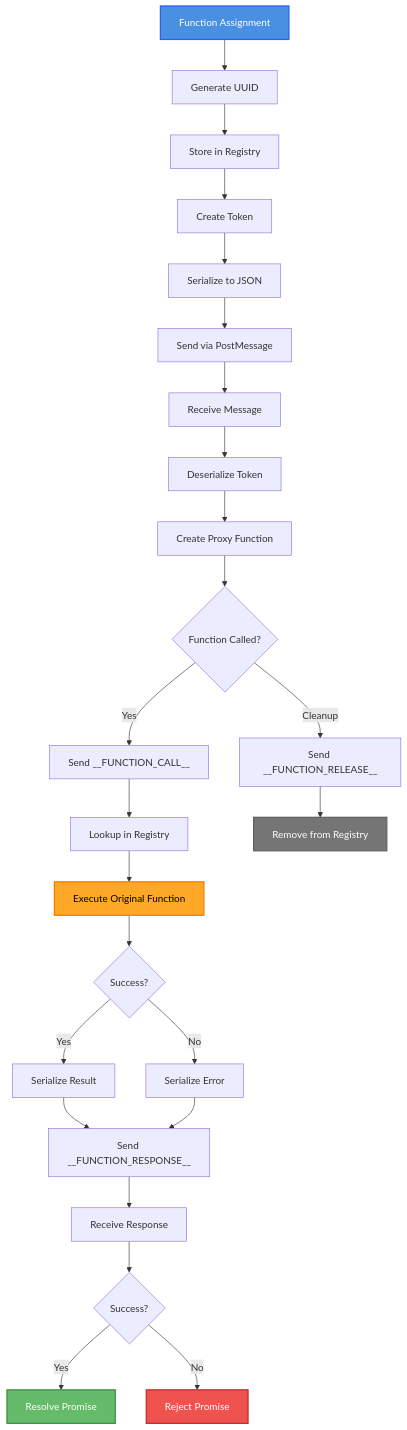
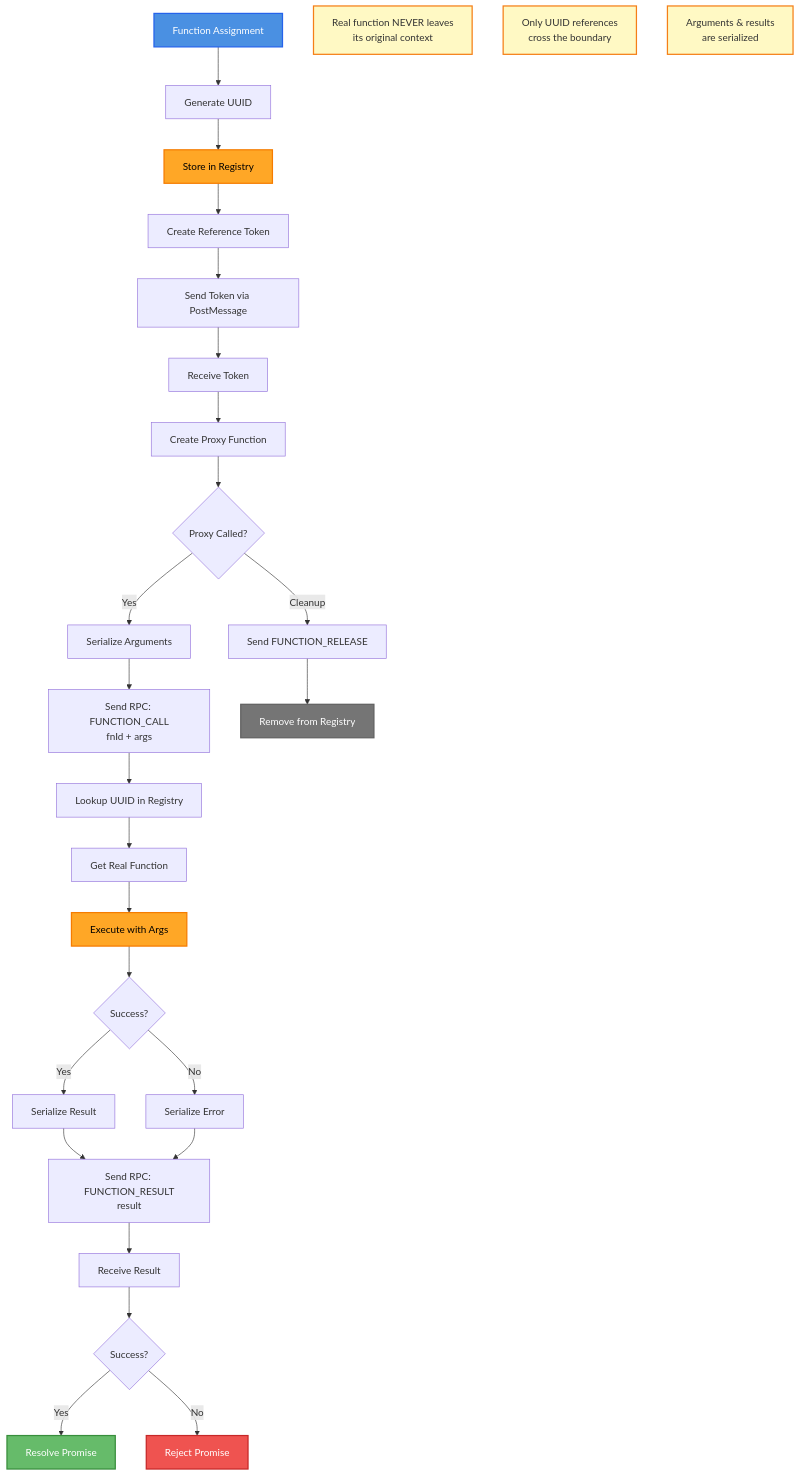
One commit to zommehq/frame changed the first of 3 diagrams in packages/fragment-frame/docs/advanced/function-serialization.adoc. Above: the diagram before and after it, drawn with Mermaid. The commit also changed other lines of this file and 52 other files, not shown here.

```diff
--- a/packages/fragment-frame/docs/advanced/function-serialization.adoc
+++ b/packages/fragment-frame/docs/advanced/function-serialization.adoc
@@ -15,33 +107,42 @@
 [mermaid]
 ----
 flowchart TD
     A[Function Assignment] --> B[Generate UUID]
     B --> C[Store in Registry]
-    C --> D[Create Token]
-    D --> E[Serialize to JSON]
-    E --> F[Send via PostMessage]
-    F --> G[Receive Message]
-    G --> H[Deserialize Token]
-    H --> I[Create Proxy Function]
-    I --> J{Function Called?}
-    J -->|Yes| K[Send __FUNCTION_CALL__]
-    K --> L[Lookup in Registry]
-    L --> M[Execute Original Function]
+    C --> D[Create Reference Token]
+    D --> E[Send Token via PostMessage]
+    E --> F[Receive Token]
+    F --> G[Create Proxy Function]
+    G --> H{Proxy Called?}
+    H -->|Yes| I[Serialize Arguments]
+    I --> J[Send RPC: FUNCTION_CALL<br/>fnId + args]
+    J --> K[Lookup UUID in Registry]
+    K --> L[Get Real Function]
+    L --> M[Execute with Args]
     M --> N{Success?}
     N -->|Yes| O[Serialize Result]
     N -->|No| P[Serialize Error]
-    O --> Q[Send __FUNCTION_RESPONSE__]
+    O --> Q[Send RPC: FUNCTION_RESULT<br/>result]
     P --> Q
-    Q --> R[Receive Response]
+    Q --> R[Receive Result]
     R --> S{Success?}
     S -->|Yes| T[Resolve Promise]
     S -->|No| U[Reject Promise]
-    J -->|Cleanup| V[Send __FUNCTION_RELEASE__]
+    H -->|Cleanup| V[Send FUNCTION_RELEASE]
     V --> W[Remove from Registry]
 
     style A fill:#4A90E2,stroke:#2563EB,stroke-width:2px,color:#fff
+    style C fill:#FFA726,stroke:#F57C00,stroke-width:2px,color:#000
     style M fill:#FFA726,stroke:#F57C00,stroke-width:2px,color:#000
     style T fill:#66BB6A,stroke:#388E3C,stroke-width:2px,color:#fff
     style U fill:#EF5350,stroke:#C62828,stroke-width:2px,color:#fff
     style W fill:#757575,stroke:#616161,stroke-width:2px,color:#fff
+
+    note1[Real function NEVER leaves<br/>its original context]
+    note2[Only UUID references<br/>cross the boundary]
+    note3[Arguments & results<br/>are serialized]
+
+    style note1 fill:#FFF9C4,stroke:#F57F17,stroke-width:2px
+    style note2 fill:#FFF9C4,stroke:#F57F17,stroke-width:2px
+    style note3 fill:#FFF9C4,stroke:#F57F17,stroke-width:2px
 ----
```
